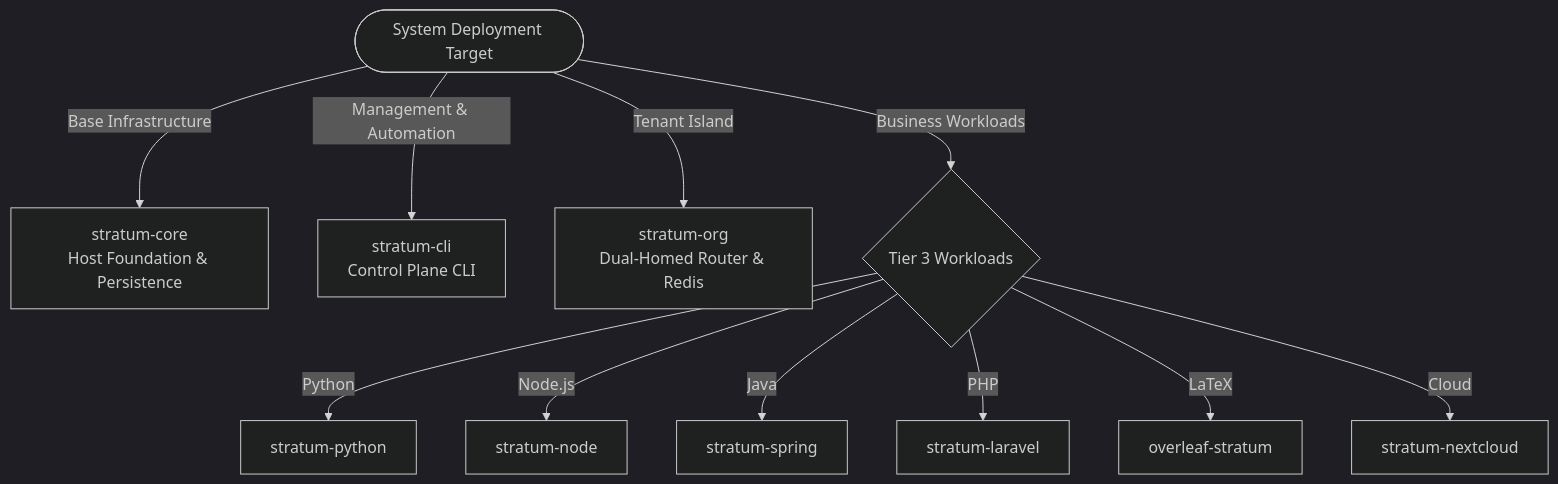
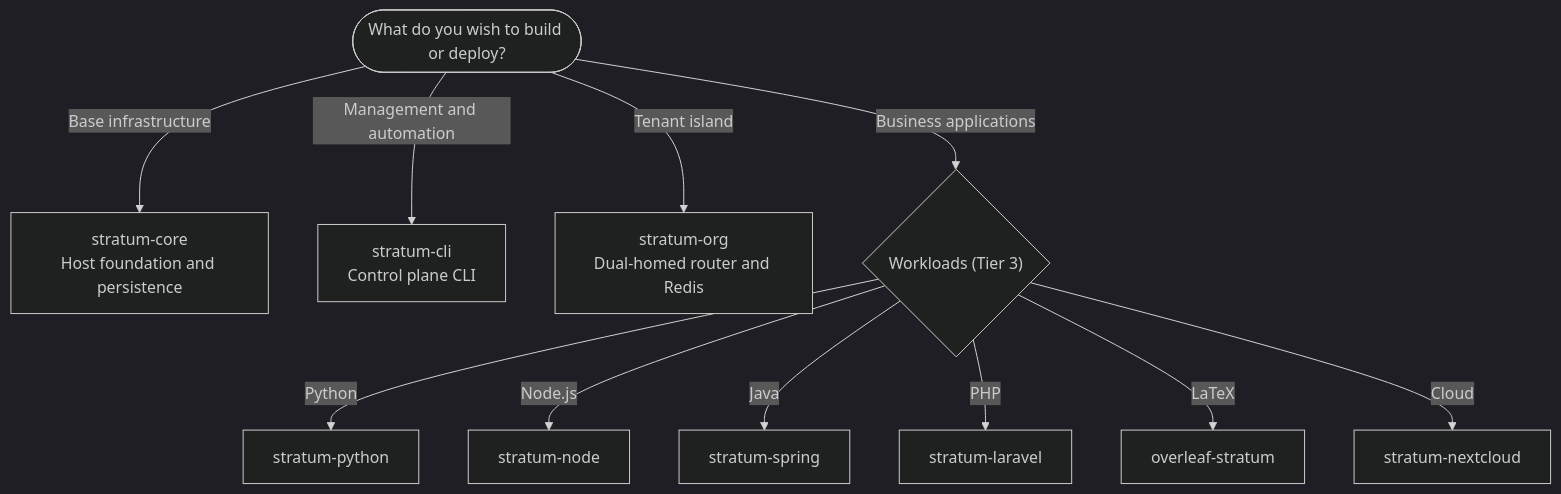
The first of 4 diagrams in README.md (isora-cloud-group/stratum-hub), drawn with Mermaid (dark theme) before and after one commit. The commit also changed other lines of this file, not shown here.

````diff
--- a/README.md
+++ b/README.md
@@ -46,16 +59,16 @@
 ```mermaid
 flowchart TD
-    START(["System Deployment Target"])
-    
-    START -->|"Base Infrastructure"| CORE["stratum-core<br/>Host Foundation & Persistence"]
-    START -->|"Management & Automation"| CLI["stratum-cli<br/>Control Plane CLI"]
-    START -->|"Tenant Island"| ORG["stratum-org<br/>Dual-Homed Router & Redis"]
-    START -->|"Business Workloads"| APPS{"Tier 3 Workloads"}
-    
+    START(["What do you wish to build or deploy?"])
+
+    START -->|"Base infrastructure"| CORE["stratum-core<br/>Host foundation and persistence"]
+    START -->|"Management and automation"| CLI["stratum-cli<br/>Control plane CLI"]
+    START -->|"Tenant island"| ORG["stratum-org<br/>Dual-homed router and Redis"]
+    START -->|"Business applications"| APPS{"Workloads (Tier 3)"}
+
     APPS -->|"Python"| W_PY["stratum-python"]
     APPS -->|"Node.js"| W_JS["stratum-node"]
     APPS -->|"Java"| W_JV["stratum-spring"]
     APPS -->|"PHP"| W_PHP["stratum-laravel"]
     APPS -->|"LaTeX"| W_TEX["overleaf-stratum"]
     APPS -->|"Cloud"| W_NC["stratum-nextcloud"]
 ```
````
